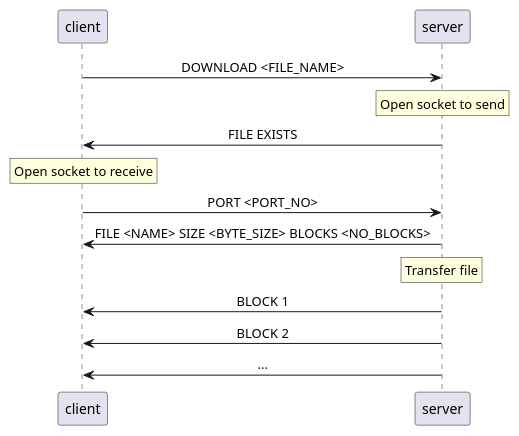
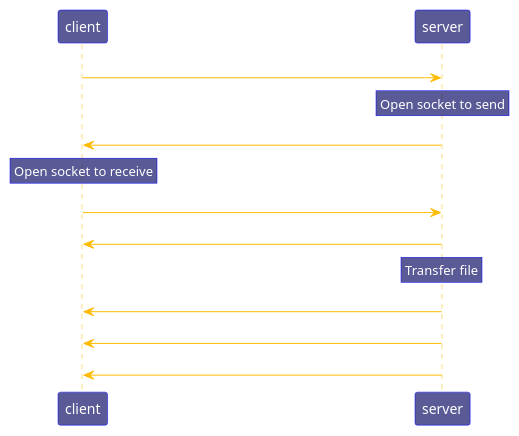
The diagram in arch/download.puml (PomatoCoCEO/UcDrive), drawn with PlantUML before and after one commit. The commit also changed 8 other files, not shown here.

```diff
--- a/arch/download.puml
+++ b/arch/download.puml
@@ -1,22 +1,33 @@
 @startuml download
 skinparam sequenceMessageAlign CENTER
 skinparam NoteTextAlignment CENTER
+skinparam DefaultTextAlignment CENTER
+skinparam DefaultFontColor #ffffff
+skinparam ArrowColor #ffbb00
+skinparam sequenceMessageAlign CENTER
+skinparam NoteTextAlignment CENTER
+skinparam NoteBackgroundColor #060662a8
+skinparam NoteBorderColor #0000ff
+skinparam ParticipantBackgroundColor #060662a8
+skinparam ParticipantBorderColor #0000ff
+skinparam PathHoverColor #ffbb00
+skinparam SequenceLifeLineBorderColor #ffbb00
 'skinparam ParticipantBackgroundColor #00ffff
 'skinparam ParticipantBorderColor #0000ff these are comments, started with '
 client -> server : DOWNLOAD <FILE_NAME>
 rnote over server
 Open socket to send
 end note
 server -> client : FILE EXISTS
 rnote over client
 Open socket to receive
 end note
 client ->server : PORT <PORT_NO> 
 server -> client : FILE <NAME> SIZE <BYTE_SIZE> BLOCKS <NO_BLOCKS> 
 rnote over server
 Transfer file
 end note
 server -> client : BLOCK 1
 server -> client: BLOCK 2
 server -> client: ...
 @enduml
```
